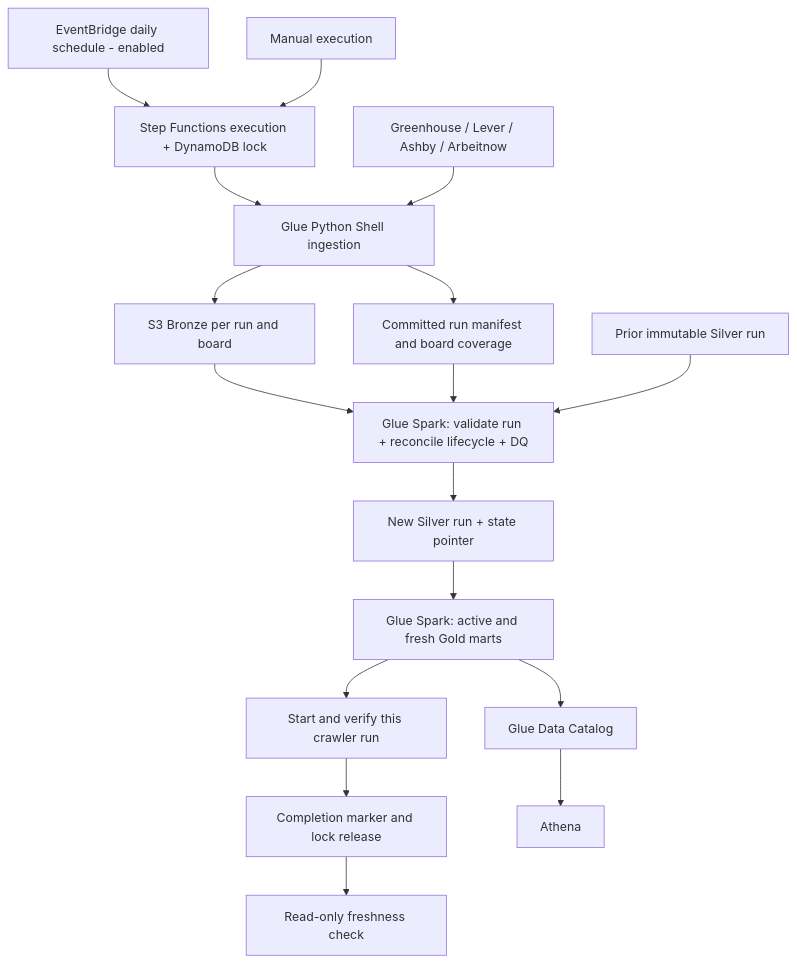
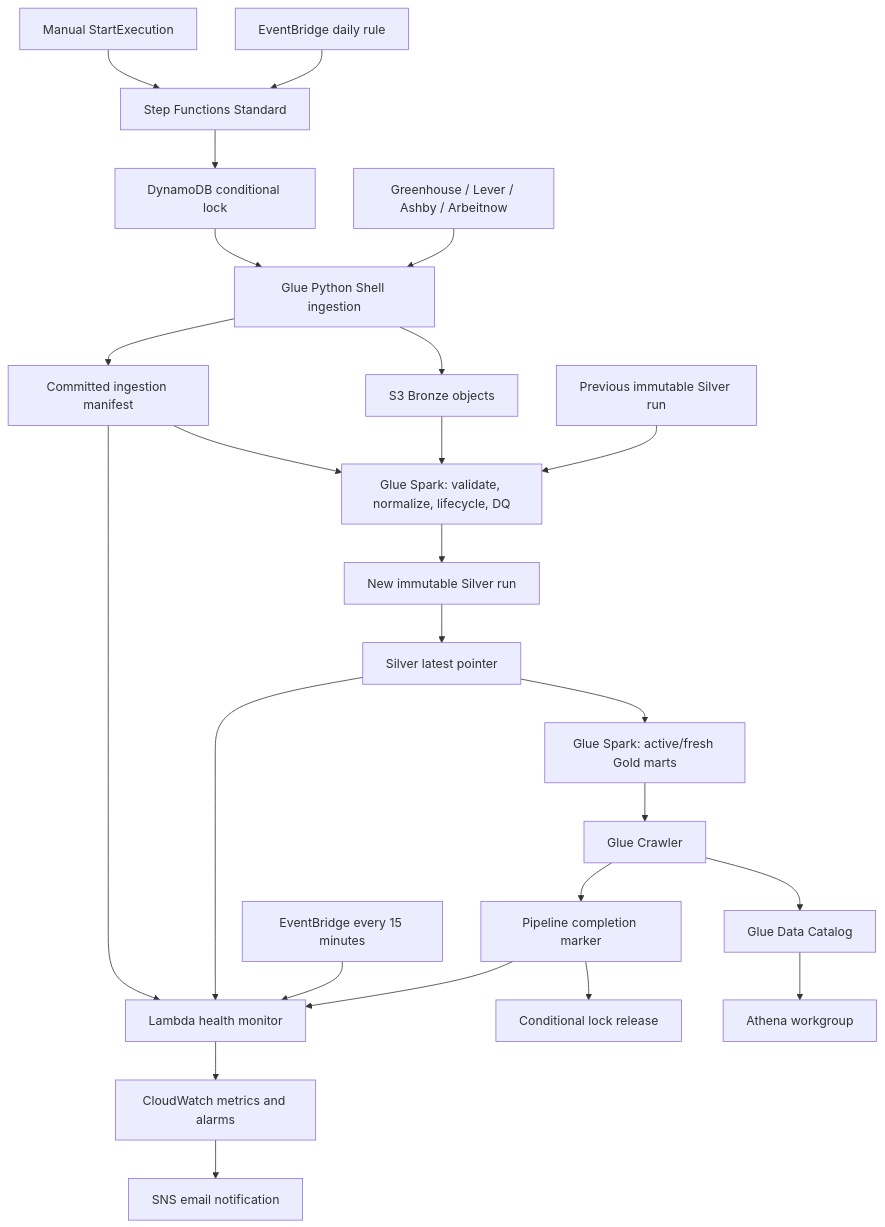
The second of 2 diagrams in docs/architecture.md (Viluoicode/Job-Market-Pipeline-cloud), drawn with Mermaid before and after one commit. The commit also changed other lines of this file and 15 other files, not shown here.

````diff
--- a/docs/architecture.md
+++ b/docs/architecture.md
@@ -10,19 +32,28 @@
 ```mermaid
 flowchart TD
-    EVENT[EventBridge daily schedule - enabled] --> SFN[Step Functions execution + DynamoDB lock]
-    MANUAL[Manual execution] --> SFN
-    SFN --> INGEST[Glue Python Shell ingestion]
+    SCHEDULE[EventBridge daily rule] --> SFN[Step Functions Standard]
+    MANUAL[Manual StartExecution] --> SFN
+    SFN --> LOCK[DynamoDB conditional lock]
+    LOCK --> INGEST[Glue Python Shell ingestion]
     ATS[Greenhouse / Lever / Ashby / Arbeitnow] --> INGEST
-    INGEST --> BRONZE[S3 Bronze per run and board]
-    INGEST --> MANIFEST[Committed run manifest and board coverage]
-    BRONZE --> SILVER[Glue Spark: validate run + reconcile lifecycle + DQ]
+    INGEST --> BRONZE[S3 Bronze objects]
+    INGEST --> MANIFEST[Committed ingestion manifest]
+    BRONZE --> SILVER[Glue Spark: validate, normalize, lifecycle, DQ]
     MANIFEST --> SILVER
-    PREVIOUS[Prior immutable Silver run] --> SILVER
-    SILVER --> STATE[New Silver run + state pointer]
-    STATE --> GOLD[Glue Spark: active and fresh Gold marts]
-    GOLD --> CRAWLER[Start and verify this crawler run]
-    CRAWLER --> COMPLETE[Completion marker and lock release]
-    GOLD --> CATALOG[Glue Data Catalog]
-    CATALOG --> ATHENA[Athena]
-    COMPLETE --> HEALTH[Read-only freshness check]
+    PREVIOUS[Previous immutable Silver run] --> SILVER
+    SILVER --> SILVER_RUN[New immutable Silver run]
+    SILVER_RUN --> SILVER_STATE[Silver latest pointer]
+    SILVER_STATE --> GOLD[Glue Spark: active/fresh Gold marts]
+    GOLD --> CRAWLER[Glue Crawler]
+    CRAWLER --> CATALOG[Glue Data Catalog]
+    CATALOG --> ATHENA[Athena workgroup]
+    CRAWLER --> COMPLETE[Pipeline completion marker]
+    COMPLETE --> RELEASE[Conditional lock release]
+
+    MONITOR_SCHEDULE[EventBridge every 15 minutes] --> MONITOR[Lambda health monitor]
+    MANIFEST --> MONITOR
+    SILVER_STATE --> MONITOR
+    COMPLETE --> MONITOR
+    MONITOR --> METRICS[CloudWatch metrics and alarms]
+    METRICS --> SNS[SNS email notification]
 ```
````
